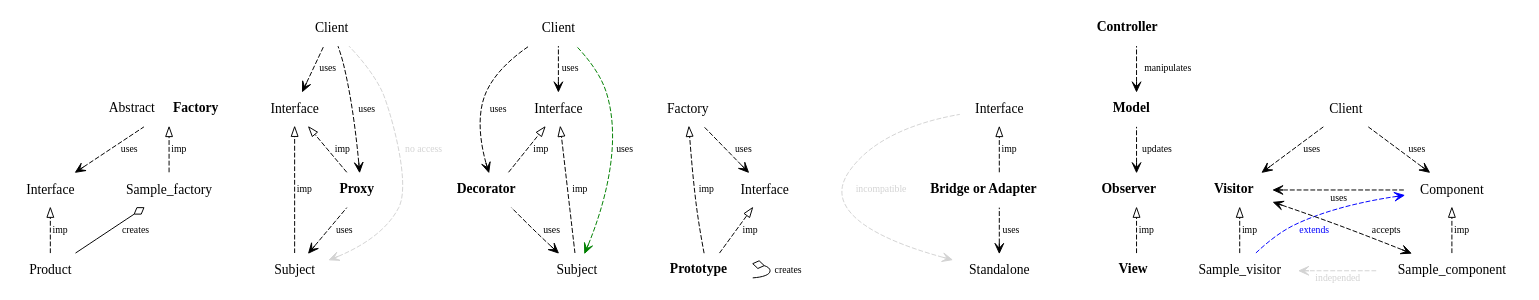
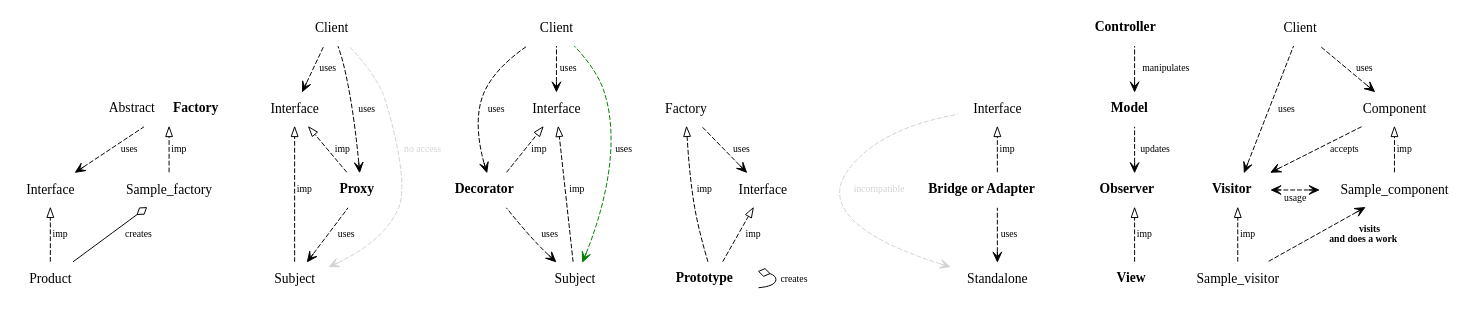
The diagram in cpp/patterns.dot (makelinux/examples), drawn with Graphviz before and after one commit.

Commit message:
*Visitor

```diff
--- a/cpp/patterns.dot
+++ b/cpp/patterns.dot
@@ -1,74 +1,74 @@
 digraph G {
 	rankdir="BT"
 	node [shape=plaintext];
 	edge [fontsize=10 _fontcolor=darkgray]
 	// Inheritance
 	edge [label=inh arrowhead=onormal];
 
 	// Implementation
 	edge [label=imp weight=1000 arrowhead=onormal style=dashed];
 	Product -> Interface;
 	Factory [label=<Abstract <b>Factory</b>>]
 	Sample_factory -> Factory;
 	Proxy [label=<<b>Proxy</b>>]
 	{ Subject Proxy } -> Proxy_interface
 	Decorator [label=<<b>Decorator</b>>]
 	Subject_of_Decorator [label=Subject]
 	{ Decorator Subject_of_Decorator} -> Decorator_interface
 	Proxy_interface [label="Interface"]
 	Decorator_interface [label="Interface"]
 	Factory_of_prototype [label=Factory]
 	Interface_of_prototype [label=Interface]
 	Prototype -> { Factory_of_prototype Interface_of_prototype}
 	Prototype [label=<<b>Prototype</b>>]
 	Bridge_interface [label=Interface]
 	Bridge [label=<<b>Bridge or Adapter</b>>]
 	Bridge -> Bridge_interface
 	Observer [label=<<b>Observer</b>>]
 	View [label=<<b>View</b>>]
 	Model [label=<<b>Model</b>>]
 	Controller [label=<<b>Controller</b>>]
 	View -> Observer
 
 	Visitor [label=<<b>Visitor</b>>]
-	rank = same { Component  Visitor }
 	//Component [rank=min]
 	Sample_visitor -> Visitor
 	Sample_component -> Component
 
 	// Aggregation
 	edge [label=agg weight=1 arrowtail=odiamond dir=back style=""]
 
 	edge [label=creates dir="" arrowhead=odiamond]
 	Product -> Sample_factory
 	Prototype -> Prototype
 
 	// Dependencies
 	edge [label=uses weight=1 arrowhead=vee style=dashed dir="" ]
 
-	Component -> Visitor [weight=0]
-	Sample_component -> Visitor [label=accepts weight=0 dir=both arrowtail=vee _constraint=false]
-	Sample_visitor -> Component [label=extends color=blue fontcolor=blue]
+	Component -> Visitor [label=accepts weight=0]
+	Sample_component -> Visitor [label=usage dir=both _weight=0 arrowtail=vee constraint=false]
+	rank = same { Sample_component  Visitor }
 	//{Sample_visitor Sample_component } -> Client_of_Visitor [style=invis]
 	edge [label=uses weight=1 dir=back arrowtail=vee ]
 	Client_of_Decorator [label=Client]
 	Subject_of_Decorator -> Decorator -> Client_of_Decorator
 	Decorator_interface -> Client_of_Decorator
-	{ Subject_of_Decorator } -> Client_of_Decorator [color=green]
+	Subject_of_Decorator -> Client_of_Decorator [color=green]
 	Client_of_Visitor [label=Client]
-	{ Visitor Component  } -> Client_of_Visitor
+	Component -> Client_of_Visitor
+	Visitor -> Client_of_Visitor
 
 	Subject -> Proxy
 	Client_of_Proxy [label=Client]
 	Proxy -> Client_of_Proxy
 	Proxy_interface -> Client_of_Proxy
 	Model -> Controller [label=manipulates]
 	Interface -> Factory
 	Interface_of_prototype -> Factory_of_prototype
 	Standalone -> Bridge
 	Observer -> Model [label=updates]
+	Sample_component -> Sample_visitor [label=<<b>visits<br/>and does a work</b>> constraint=false]
 	edge [color=lightgray fontcolor=lightgray xweight=0  constraint=false]
 	Subject -> Client_of_Proxy [label="no access"]
 	Standalone -> Bridge_interface [label="incompatible" constraint=false]
-	Sample_component -> Sample_visitor [label="independed" dir="" ]
 }
```
